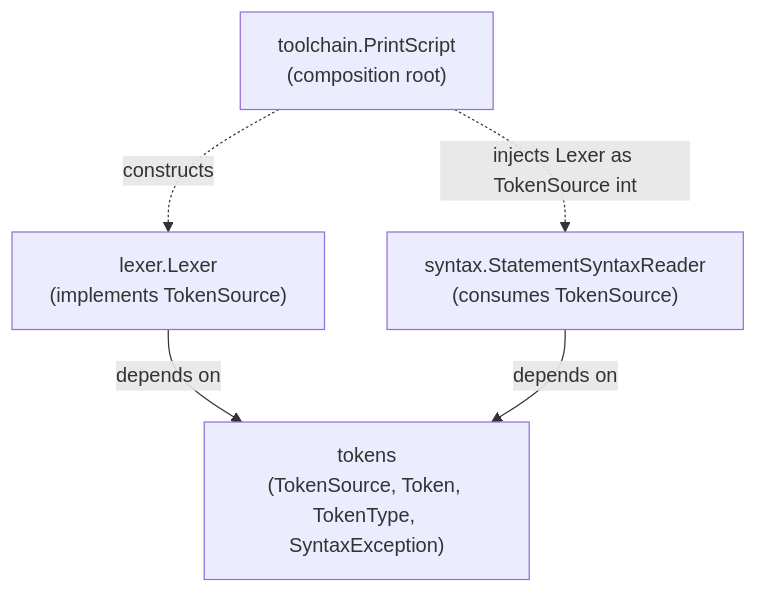
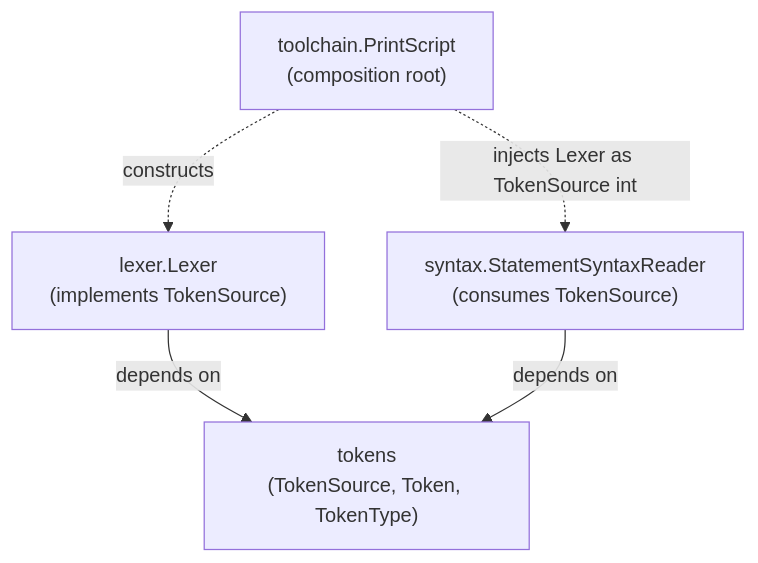
Before and after one commit to GarroteSantiago/printscript: the diagram in tokens/ARCHITECTURE.md, drawn with Mermaid. The commit also changed other lines of this file and 149 other files, not shown here.

````diff
--- a/tokens/ARCHITECTURE.md
+++ b/tokens/ARCHITECTURE.md
@@ -31,7 +32,7 @@
 ```mermaid
 graph TD
-    Lexer["lexer.Lexer\n(implements TokenSource)"] -->|depends on| Tokens["tokens\n(TokenSource, Token, TokenType, SyntaxException)"]
+    Lexer["lexer.Lexer\n(implements TokenSource)"] -->|depends on| Tokens["tokens\n(TokenSource, Token, TokenType)"]
     Parser["syntax.StatementSyntaxReader\n(consumes TokenSource)"] -->|depends on| Tokens
     Toolchain["toolchain.PrintScript\n(composition root)"] -.constructs.-> Lexer
     Toolchain -.injects Lexer as TokenSource into.-> Parser
 ```
````
